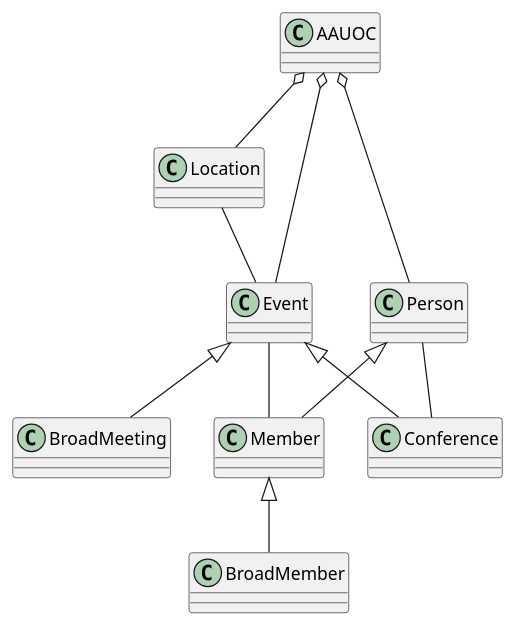
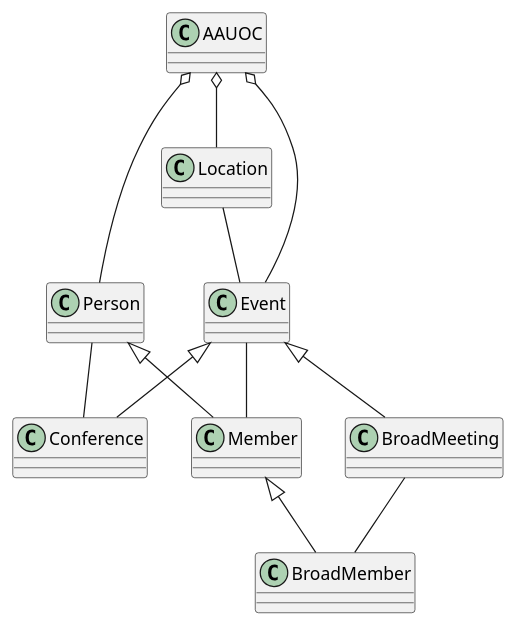
The diagram in P11_Diagrama_UML.puml (sandrasd89/UMLClasesSandra), drawn with PlantUML before and after one commit.

Commit message:
Se ha relacionado broadmeeting con broadmember

```diff
--- a/P11_Diagrama_UML.puml
+++ b/P11_Diagrama_UML.puml
@@ -1,42 +1,43 @@
 @startuml
 
 class AAUOC {
 
 }
 class Location {
 
 }
 class Event{
 
 }
 class Conference {
 
 }
 class BroadMeeting{
 }
 
 class Person {
 
 }
 class Member{
 
 }
 
 class BroadMember {
 
 }
 
 AAUOC o-- Event
 AAUOC o-- Location
 AAUOC o-- Person
 Location -- Event
 Event <|-- Conference
 Event <|-- BroadMeeting
 Person <|-- Member
 Member <|-- BroadMember
 Event -- Member
 Person -- Conference
+BroadMeeting -- BroadMember
 
 
 
 @enduml
```
